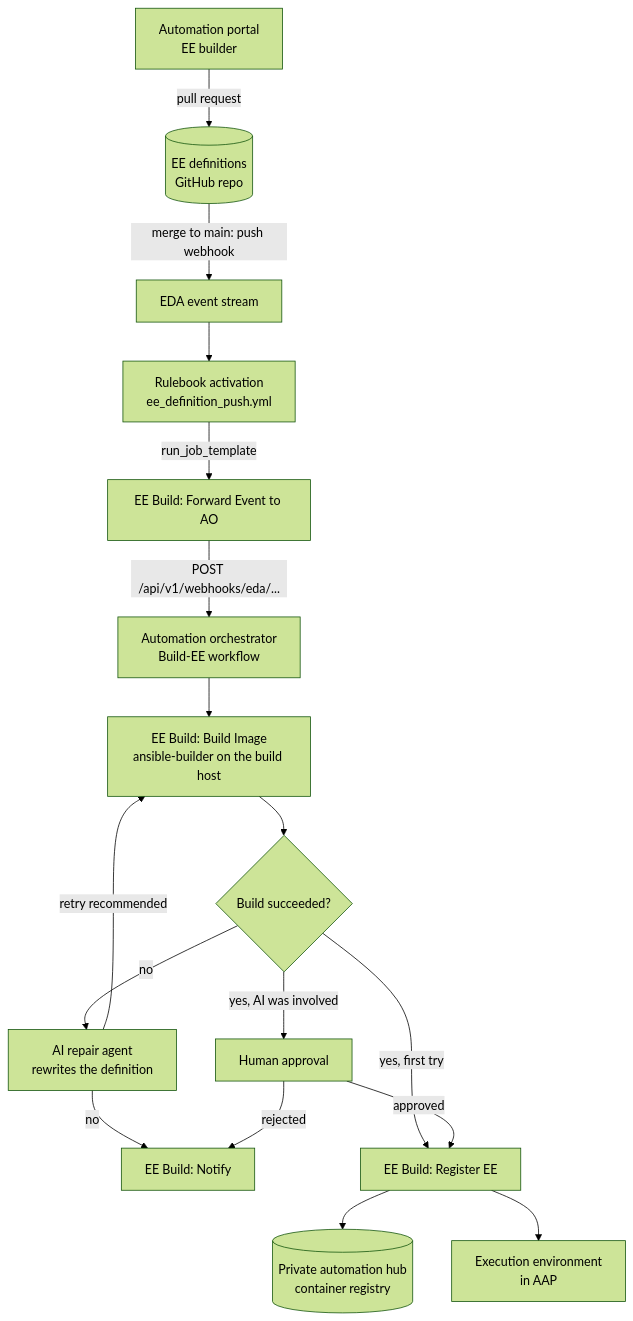
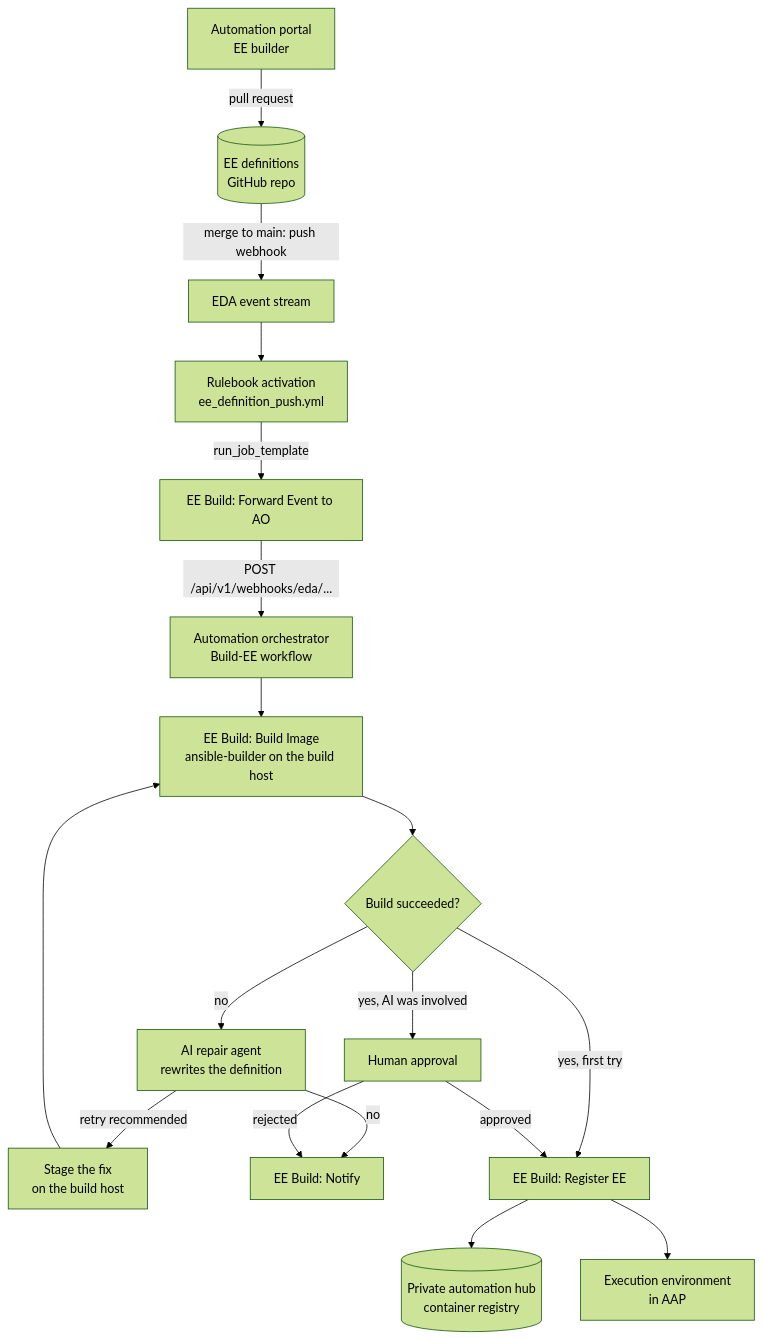
Before and after one commit to gregsowell/ee-build-automation-portal-ao: the diagram in README.md, drawn with Mermaid (forest theme). The commit also changed other lines of this file and 4 other files, not shown here.

````diff
--- a/README.md
+++ b/README.md
@@ -9,19 +9,20 @@
 ```mermaid
 flowchart TD
     A[Automation portal<br/>EE builder] -->|pull request| B[(EE definitions<br/>GitHub repo)]
     B -->|merge to main: push webhook| C[EDA event stream]
     C --> D[Rulebook activation<br/>ee_definition_push.yml]
     D -->|run_job_template| E[EE Build: Forward Event to AO]
     E -->|POST /api/v1/webhooks/eda/...| F[Automation orchestrator<br/>Build-EE workflow]
     F --> G[EE Build: Build Image<br/>ansible-builder on the build host]
     G --> H{Build succeeded?}
     H -->|no| I[AI repair agent<br/>rewrites the definition]
-    I -->|retry recommended| G
+    I -->|retry recommended| S[Stage the fix<br/>on the build host]
+    S --> G
     I -->|no| N[EE Build: Notify]
     H -->|yes, AI was involved| J[Human approval]
     H -->|yes, first try| K[EE Build: Register EE]
     J -->|approved| K
     J -->|rejected| N
     K --> L[(Private automation hub<br/>container registry)]
     K --> M[Execution environment<br/>in AAP]
 ```
````
